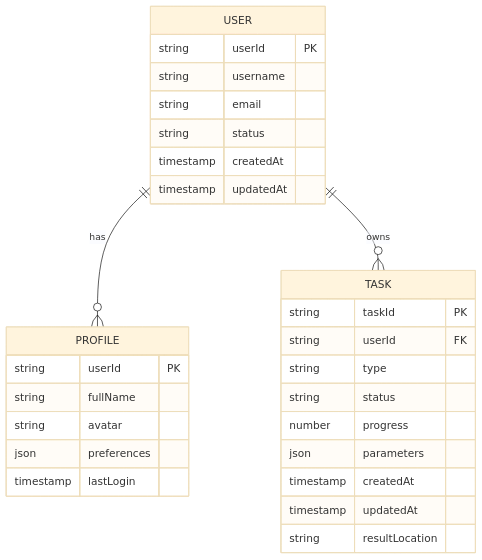
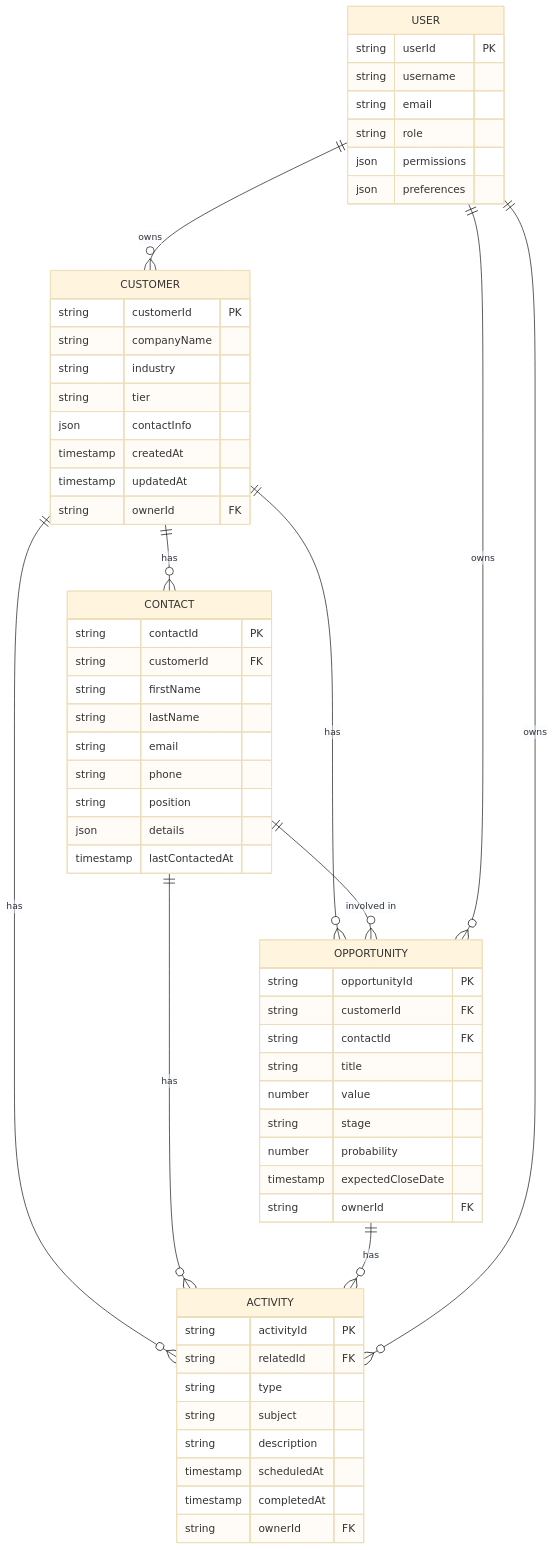
The second of 10 diagrams in architecture/data.md (philkunz/fargate), drawn with Mermaid (base theme) before and after one commit. The commit also changed other lines of this file and 11 other files, not shown here.

Commit message:
feat(documentation): Revamp Zebros CRM serverless architecture documentation with updated diagrams, expanded API, authentication, long-running tasks, data storage, and scaling details

````diff
--- a/architecture/data.md
+++ b/architecture/data.md
@@ -32,34 +30,67 @@
 ```mermaid
 erDiagram
+    CUSTOMER {
+        string customerId PK
+        string companyName
+        string industry
+        string tier
+        json contactInfo
+        timestamp createdAt
+        timestamp updatedAt
+        string ownerId FK
+    }
+    
+    CONTACT {
+        string contactId PK
+        string customerId FK
+        string firstName
+        string lastName
+        string email
+        string phone
+        string position
+        json details
+        timestamp lastContactedAt
+    }
+    
+    OPPORTUNITY {
+        string opportunityId PK
+        string customerId FK
+        string contactId FK
+        string title
+        number value
+        string stage
+        number probability
+        timestamp expectedCloseDate
+        string ownerId FK
+    }
+    
+    ACTIVITY {
+        string activityId PK
+        string relatedId FK
+        string type
+        string subject
+        string description
+        timestamp scheduledAt
+        timestamp completedAt
+        string ownerId FK
+    }
+    
     USER {
         string userId PK
         string username
         string email
-        string status
-        timestamp createdAt
-        timestamp updatedAt
+        string role
+        json permissions
+        json preferences
     }
     
-    PROFILE {
-        string userId PK
-        string fullName
-        string avatar
-        json preferences
-        timestamp lastLogin
-    }
-    
-    TASK {
-        string taskId PK
-        string userId FK
-        string type
-        string status
-        number progress
-        json parameters
-        timestamp createdAt
-        timestamp updatedAt
-        string resultLocation
-    }
-    
-    USER ||--o{ PROFILE : "has"
-    USER ||--o{ TASK : "owns"
+    CUSTOMER ||--o{ CONTACT : "has"
+    CUSTOMER ||--o{ OPPORTUNITY : "has"
+    CONTACT ||--o{ OPPORTUNITY : "involved in"
+    CUSTOMER ||--o{ ACTIVITY : "has"
+    CONTACT ||--o{ ACTIVITY : "has"
+    OPPORTUNITY ||--o{ ACTIVITY : "has"
+    USER ||--o{ CUSTOMER : "owns"
+    USER ||--o{ OPPORTUNITY : "owns"
+    USER ||--o{ ACTIVITY : "owns"
 ```
````
